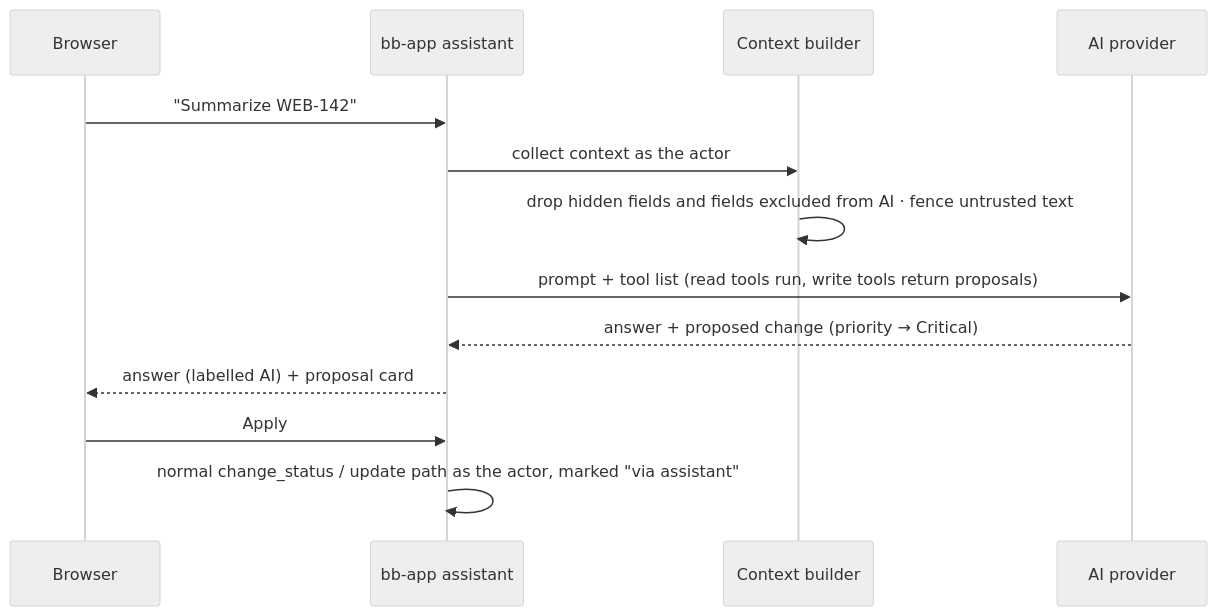
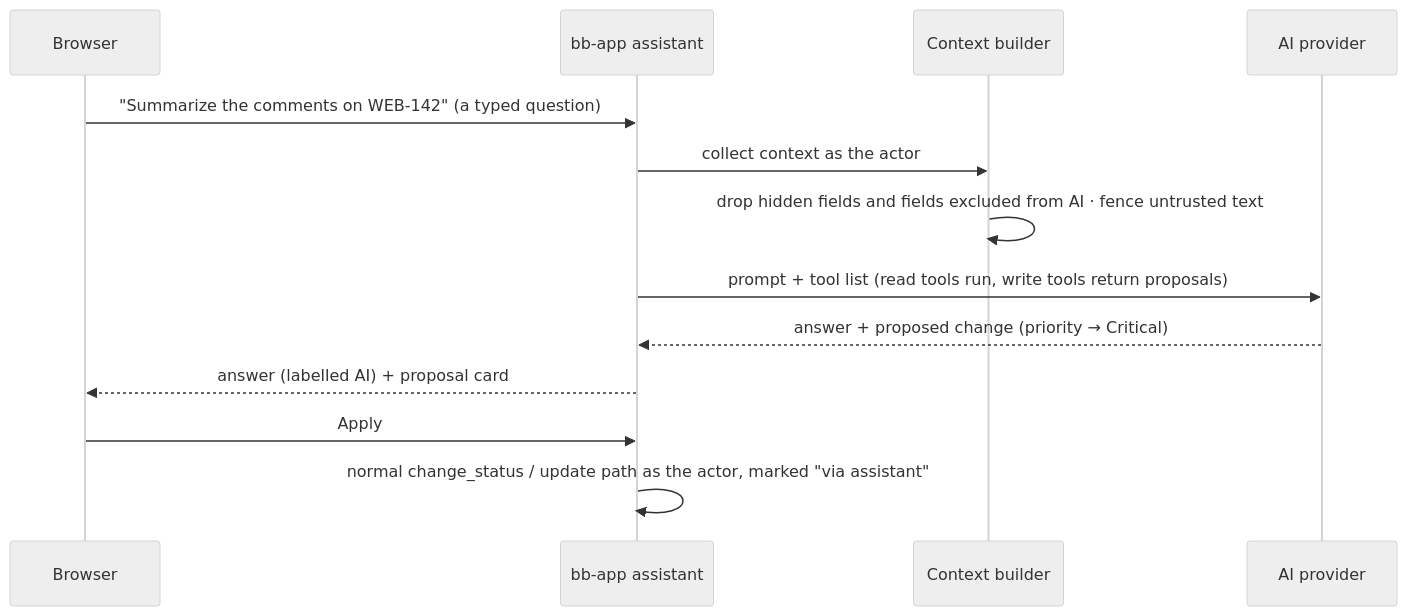
The fourth of 6 diagrams in docs/architecture/05-runtime.md (Nusi42/Bugaboo), drawn with Mermaid (neutral theme) before and after one commit. The commit also changed other lines of this file and 6 other files, not shown here.

First line of the commit message:
docs(architecture): place the AI parts and plan their threats

````diff
--- a/docs/architecture/05-runtime.md
+++ b/docs/architecture/05-runtime.md
@@ -76,15 +76,15 @@
 ```mermaid
 sequenceDiagram
   participant B as Browser
   participant U as bb-app assistant
   participant C as Context builder
   participant L as AI provider
-  B->>U: "Summarize WEB-142"
+  B->>U: "Summarize the comments on WEB-142" (a typed question)
   U->>C: collect context as the actor
   C->>C: drop hidden fields and fields excluded from AI · fence untrusted text
   U->>L: prompt + tool list (read tools run, write tools return proposals)
   L-->>U: answer + proposed change (priority → Critical)
   U-->>B: answer (labelled AI) + proposal card
   B->>U: Apply
   U->>U: normal change_status / update path as the actor, marked "via assistant"
 ```
````
